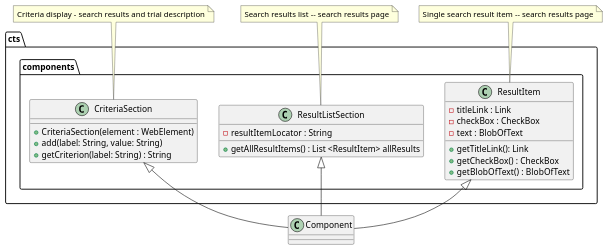
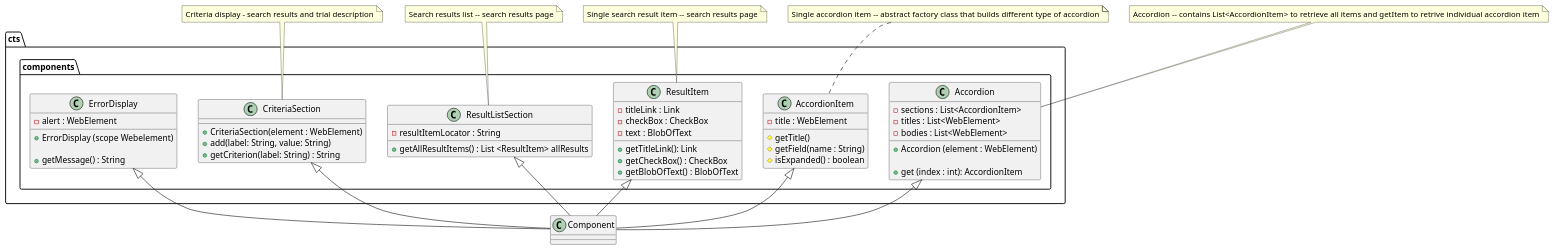
The diagram in diagrams/src/class/cts/components.wsd (kate-mashkina/automation-design-diagrams), drawn with PlantUML before and after one commit. The commit also changed 7 other files, not shown here.

```diff
--- a/diagrams/src/class/cts/components.wsd
+++ b/diagrams/src/class/cts/components.wsd
@@ -1,38 +1,67 @@
 @startuml
 
 '' Criteria display - search results and trial description
 class cts.components.CriteriaSection {
     +CriteriaSection(element : WebElement)
     +add(label: String, value: String)
     +getCriterion(label: String) : String
 }
 note top: Criteria display - search results and trial description
 
 
 '' Search results list -- search results page
 class cts.components.ResultListSection {
     -resultItemLocator : String
 
     +getAllResultItems() : List <ResultItem> allResults
 }
 note top: Search results list -- search results page
 
 
 '' Single search result item -- search results page
 class cts.components.ResultItem {
     -titleLink : Link
     -checkBox : CheckBox
     -text : BlobOfText
 
     +getTitleLink(): Link
     +getCheckBox() : CheckBox
     +getBlobOfText() : BlobOfText
 }
 note top: Single search result item -- search results page
 
+class cts.components.AccordionItem {
+    -title : WebElement
+    
+    #getTitle()
+    #getField(name : String)
+    #isExpanded() : boolean
+}
+note top: Single accordion item --  abstract factory class that builds different type of accordion
 
+class cts.components.Accordion {
+-sections : List<AccordionItem>
+- titles : List<WebElement>
+- bodies : List<WebElement>
+
++Accordion (element : WebElement)
+
++get (index : int): AccordionItem
+}
+note top: Accordion  -- contains List<AccordionItem> to retrieve all items and getItem to retrive individual accordion item
+
+class cts.components.ErrorDisplay{
+- alert : WebElement
+
++ErrorDisplay (scope Webelement)
+
++getMessage() : String
+}
+cts.components.ErrorDisplay <|-- Component
+cts.components.AccordionItem <|-- Component
+cts.components.Accordion <|-- Component
 cts.components.CriteriaSection <|-- Component
 cts.components.ResultListSection <|-- Component
 cts.components.ResultItem <|-- Component
 
 @enduml
```
